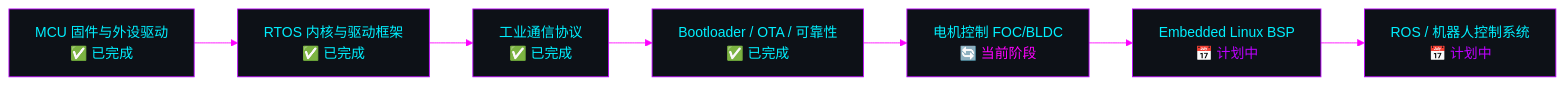
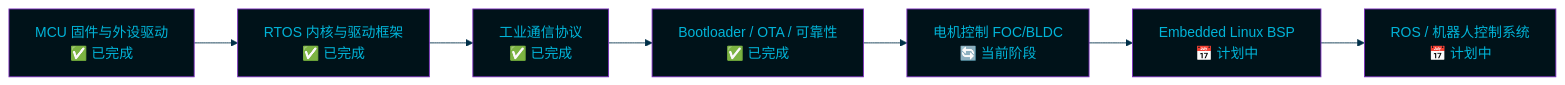
Before and after one commit to ParacosmYy/ParacosmYy: the diagram in README.md, drawn with Mermaid. The commit also changed other lines of this file, not shown here.

````diff
--- a/README.md
+++ b/README.md
@@ -164,10 +215,10 @@
 ```mermaid
-%%{init: {'theme': 'base', 'themeVariables': { 'primaryColor': '#0d1117', 'primaryTextColor': '#00f0ff', 'primaryBorderColor': '#bd00ff', 'lineColor': '#ff00ff', 'secondaryColor': '#161b22', 'tertiaryColor': '#0d1117'}}}%%
+%%{init: {'theme': 'base', 'themeVariables': { 'primaryColor': '#001219', 'primaryTextColor': '#00b4d8', 'primaryBorderColor': '#7b2cbf', 'lineColor': '#003049', 'secondaryColor': '#0d1117', 'tertiaryColor': '#001219'}}}%%
 graph LR
-    A[MCU 固件与外设驱动<br/><span style="color:#00f0ff">✅ 已完成</span>] --> B[RTOS 内核与驱动框架<br/><span style="color:#00f0ff">✅ 已完成</span>]
-    B --> C[工业通信协议<br/><span style="color:#00f0ff">✅ 已完成</span>]
-    C --> D[Bootloader / OTA / 可靠性<br/><span style="color:#00f0ff">✅ 已完成</span>]
-    D --> E[电机控制 FOC/BLDC<br/><span style="color:#ff00ff">🔄 当前阶段</span>]
-    E --> F[Embedded Linux BSP<br/><span style="color:#bd00ff">📅 计划中</span>]
-    F --> G[ROS / 机器人控制系统<br/><span style="color:#bd00ff">📅 计划中</span>]
+    A[MCU 固件与外设驱动<br/>✅ 已完成] --> B[RTOS 内核与驱动框架<br/>✅ 已完成]
+    B --> C[工业通信协议<br/>✅ 已完成]
+    C --> D[Bootloader / OTA / 可靠性<br/>✅ 已完成]
+    D --> E[电机控制 FOC/BLDC<br/>🔄 当前阶段]
+    E --> F[Embedded Linux BSP<br/>📅 计划中]
+    F --> G[ROS / 机器人控制系统<br/>📅 计划中]
 ```
````
